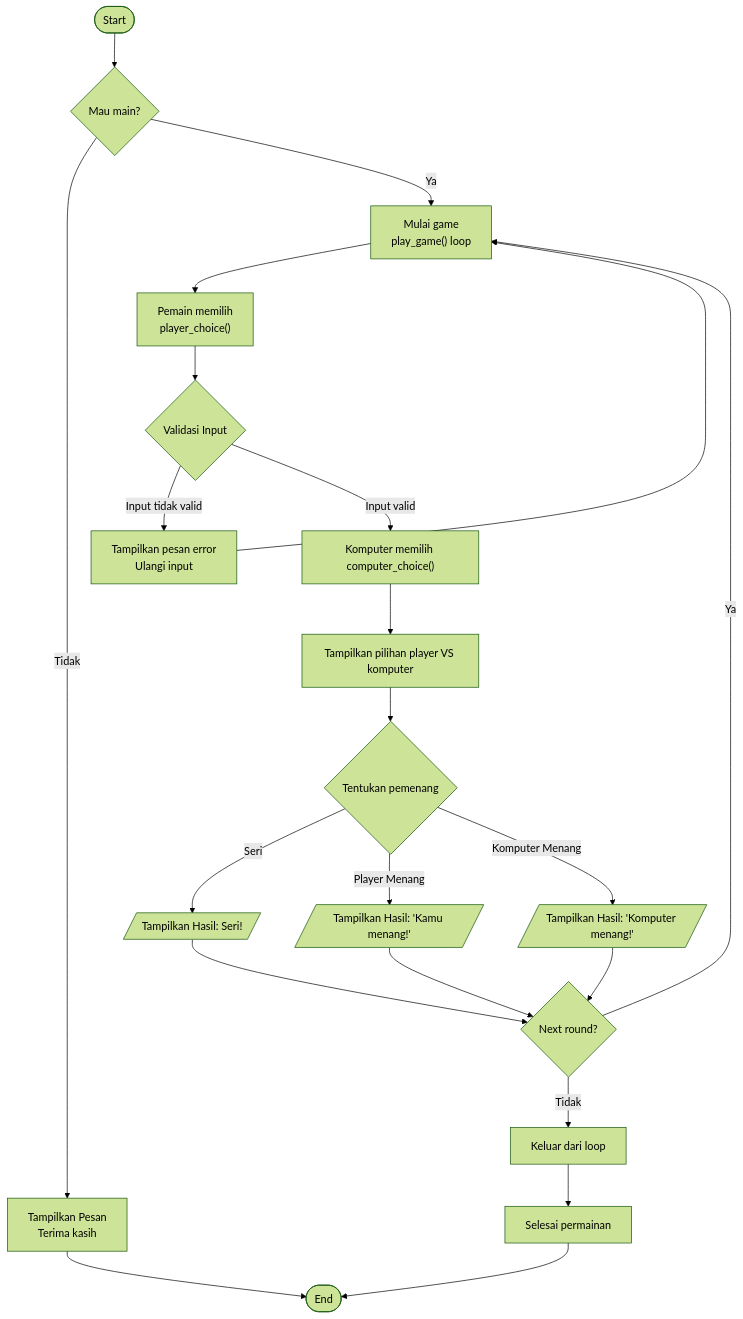
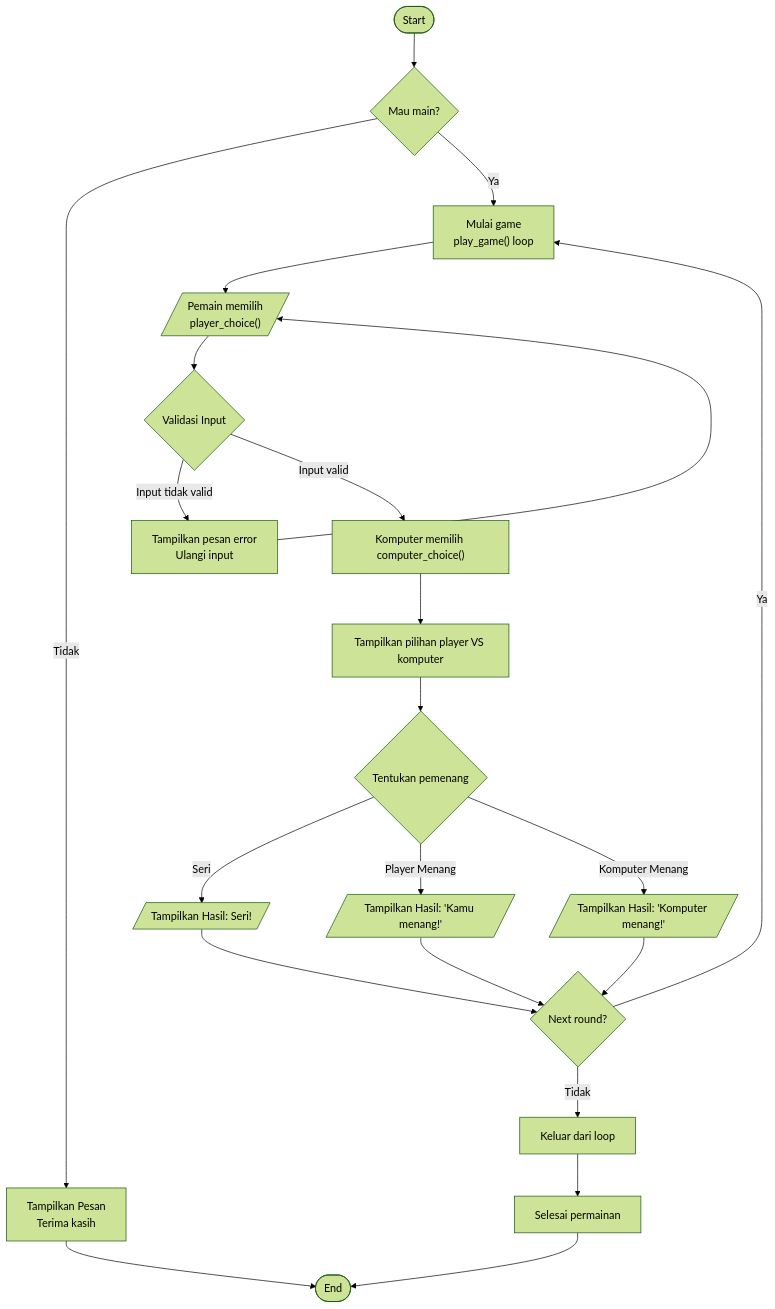
The diagram in README.md (virginicquez/Group-2-Pengenalan-Pemrograman), drawn with Mermaid (forest theme) before and after one commit. The commit also changed other lines of this file, not shown here.

Commit message:
Fix typos and improve clarity in README.md

````diff
--- a/README.md
+++ b/README.md
@@ -95,27 +95,27 @@
 ```mermaid
 flowchart TD
   A([Start]) --> B{Mau main?}
   B --> |Tidak| C["Tampilkan Pesan<br>Terima kasih"]
   C --> Z([End])
 
   B --> |Ya| D["Mulai game<br>play_game() loop"]
-  D --> E["Pemain memilih<br>player_choice()"]
+  D --> E[/"Pemain memilih<br>player_choice()"/]
   E --> F{Validasi Input}
   F --> |Input tidak valid| G["Tampilkan pesan error<br>Ulangi input"]
-  G --> D
+  G --> E
 
   F --> |Input valid| H["Komputer memilih computer_choice()"]
   H --> I[Tampilkan pilihan player VS komputer]
   I --> J{Tentukan pemenang}
   J --> |Seri| K[/"Tampilkan Hasil: Seri!"/]
   J --> |Player Menang| L[/"Tampilkan Hasil: 'Kamu menang!'"/]
   J --> |Komputer Menang| M[/"Tampilkan Hasil: 'Komputer menang!'"/]
   K --> N{Next round?}
   L --> N
   M --> N
 
   N --> |Ya| D
   N --> |Tidak| O[Keluar dari loop]
   O --> P[Selesai permainan]
   P --> Z
 ```
````
